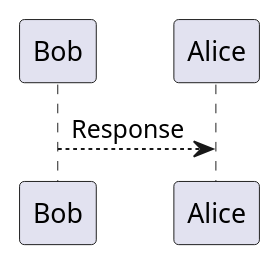
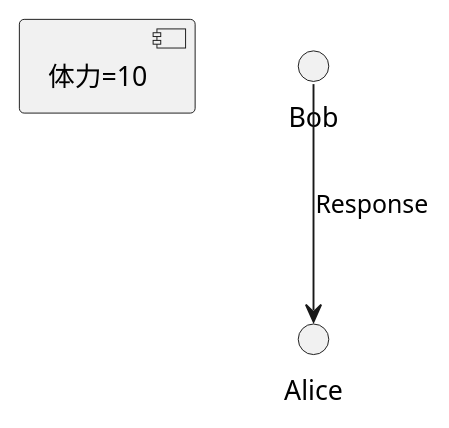
The diagram in test1.md (Aso2001041/2021sys-design), drawn with PlantUML before and after one commit.

````diff
--- a/test1.md
+++ b/test1.md
@@ -1,6 +1,6 @@
 ```uml
 @startuml
-'体力=10'
+[体力=10]
 Bob --> Alice: Response
 @enduml
 ```
````
